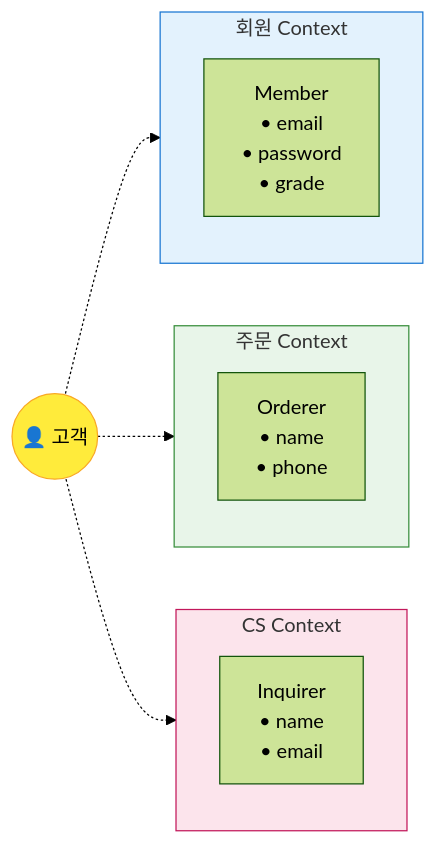
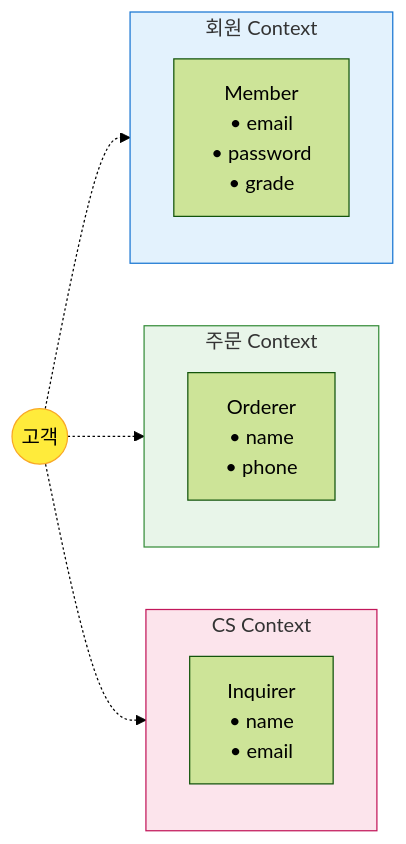
One commit to disj11/disj11.github.io changed the sixth of 6 diagrams in content/posts/ddd-hexagonal-architecture-guide.md. Above: the diagram before and after it, drawn with Mermaid (forest theme). The commit also changed other lines of this file and 25 other files, not shown here.

````diff
--- a/content/posts/ddd-hexagonal-architecture-guide.md
+++ b/content/posts/ddd-hexagonal-architecture-guide.md
@@ -639,25 +639,25 @@
 ```mermaid
 flowchart LR
-    CUST(("👤 고객"))
+    CUST(("고객"))
     
     subgraph CTX1["회원 Context"]
         M["Member<br/>• email<br/>• password<br/>• grade"]
     end
     
     subgraph CTX2["주문 Context"]
         O["Orderer<br/>• name<br/>• phone"]
     end
     
     subgraph CTX3["CS Context"]
         I["Inquirer<br/>• name<br/>• email"]
     end
     
     CUST -.-> CTX1
     CUST -.-> CTX2
     CUST -.-> CTX3
     
     style CUST fill:#ffeb3b,stroke:#f9a825
     style CTX1 fill:#e3f2fd,stroke:#1976d2
     style CTX2 fill:#e8f5e9,stroke:#388e3c
     style CTX3 fill:#fce4ec,stroke:#c2185b
 ```
````
